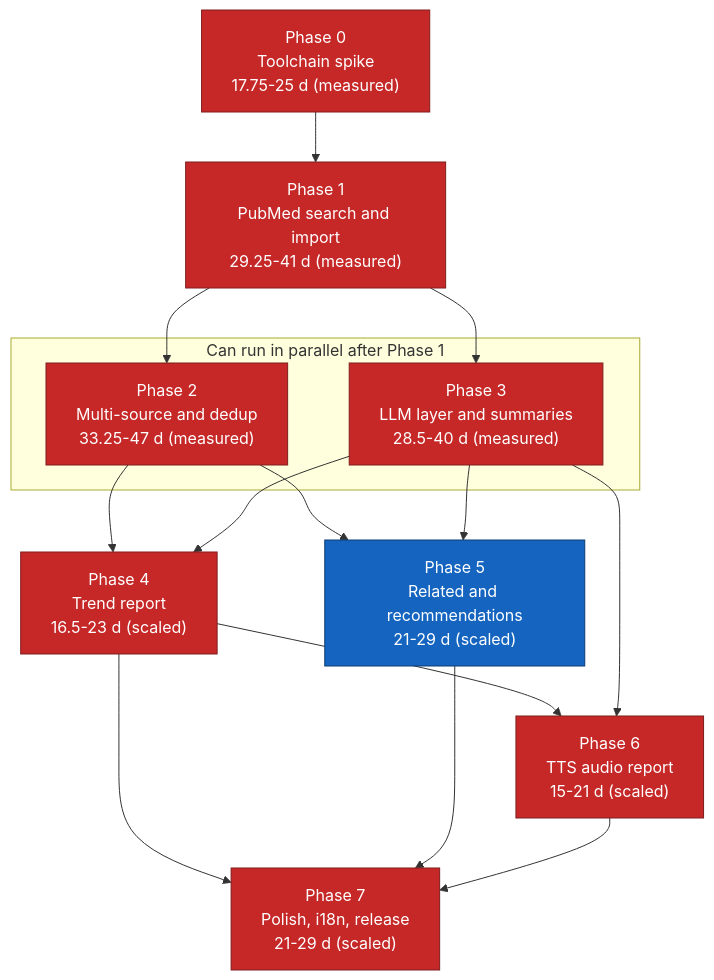
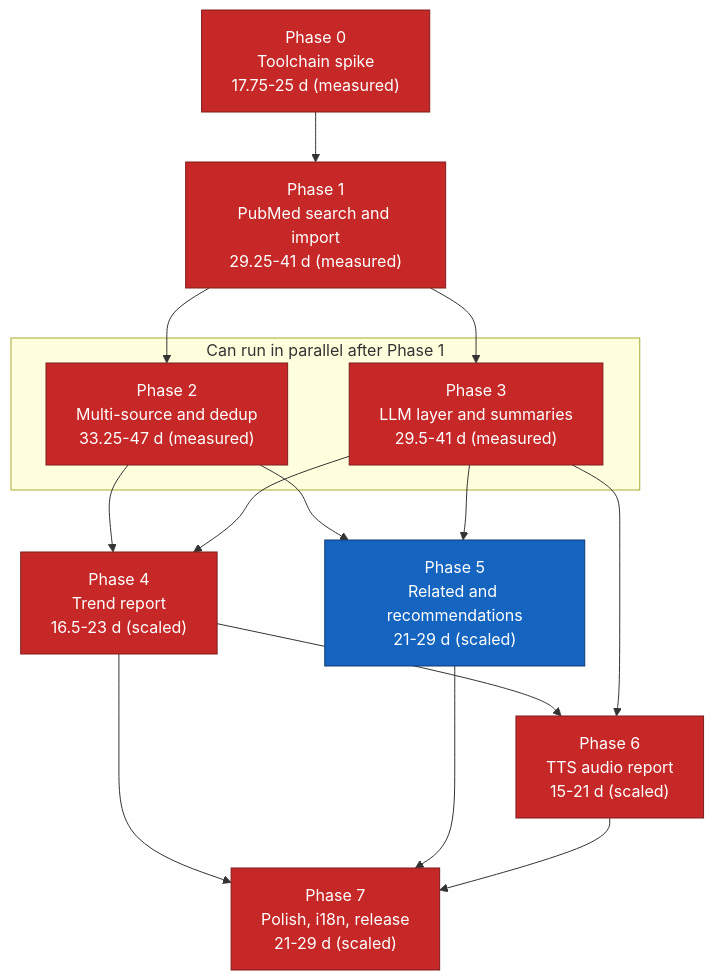
Before and after one commit to suppakoko/research_helper: the diagram in docs/11-implementation-roadmap.md, drawn with Mermaid. The commit also changed other lines of this file and 62 other files, not shown here.

First line of the commit message:
Phase 3 wave 6: P3-T04 (LLM provider blocks), P3-T16 (cost estimate, confirmation, BudgetGuard), P3-T21 (IMRaD detector), P3-T26 (summary cache); items 271-275

````diff
--- a/docs/11-implementation-roadmap.md
+++ b/docs/11-implementation-roadmap.md
@@ -326,34 +326,34 @@
 ```mermaid
 graph TD
     P0["Phase 0<br/>Toolchain spike<br/>17.75-25 d (measured)"]
     P1["Phase 1<br/>PubMed search and import<br/>29.25-41 d (measured)"]
     P2["Phase 2<br/>Multi-source and dedup<br/>33.25-47 d (measured)"]
-    P3["Phase 3<br/>LLM layer and summaries<br/>28.5-40 d (measured)"]
+    P3["Phase 3<br/>LLM layer and summaries<br/>29.5-41 d (measured)"]
     P4["Phase 4<br/>Trend report<br/>16.5-23 d (scaled)"]
     P5["Phase 5<br/>Related and recommendations<br/>21-29 d (scaled)"]
     P6["Phase 6<br/>TTS audio report<br/>15-21 d (scaled)"]
     P7["Phase 7<br/>Polish, i18n, release<br/>21-29 d (scaled)"]
 
     P0 --> P1
     P1 --> P2
     P1 --> P3
     P2 --> P4
     P3 --> P4
     P2 --> P5
     P3 --> P5
     P4 --> P6
     P3 --> P6
     P4 --> P7
     P5 --> P7
     P6 --> P7
 
     subgraph parallel["Can run in parallel after Phase 1"]
         P2
         P3
     end
 
     classDef critical fill:#c62828,stroke:#7f1d1d,color:#ffffff
     classDef normal fill:#1565c0,stroke:#0d3c73,color:#ffffff
     class P0,P1,P2,P3,P4,P6,P7 critical
     class P5 normal
 ```
````
